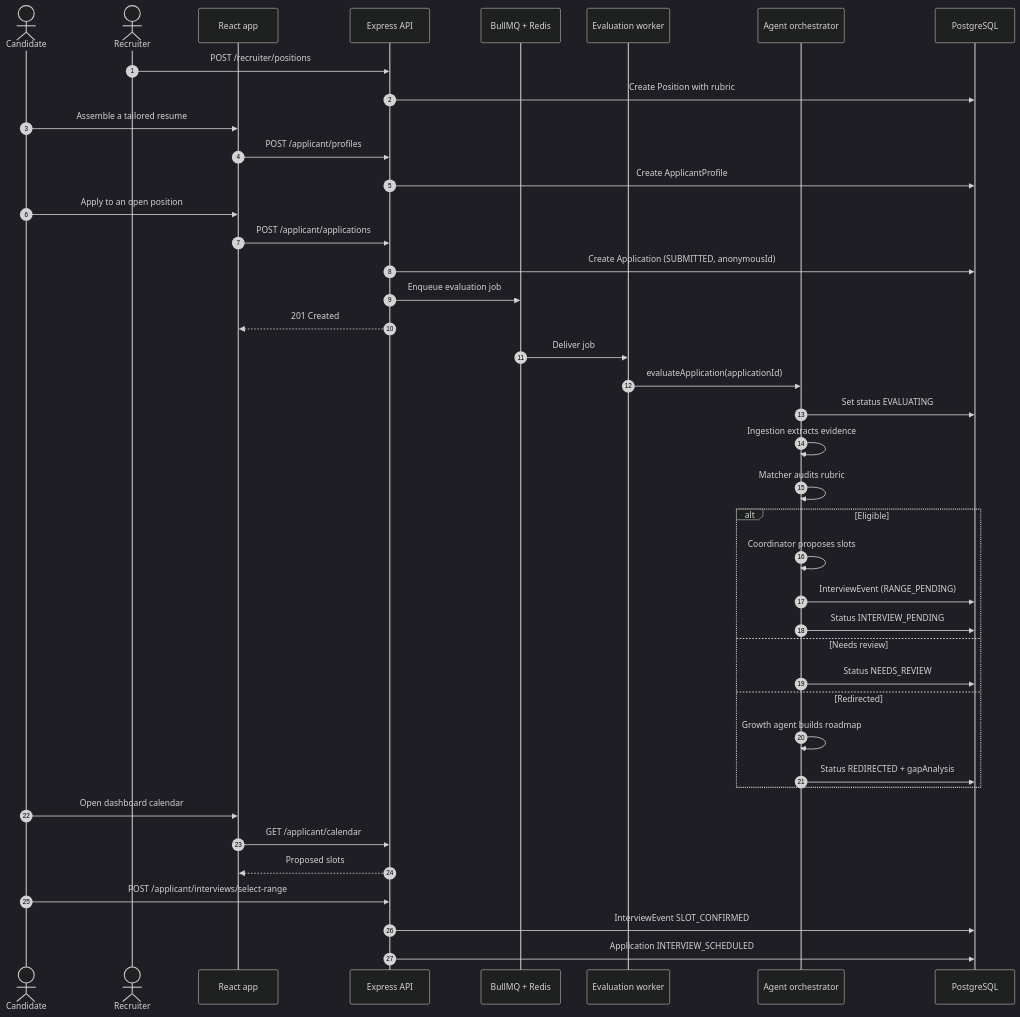
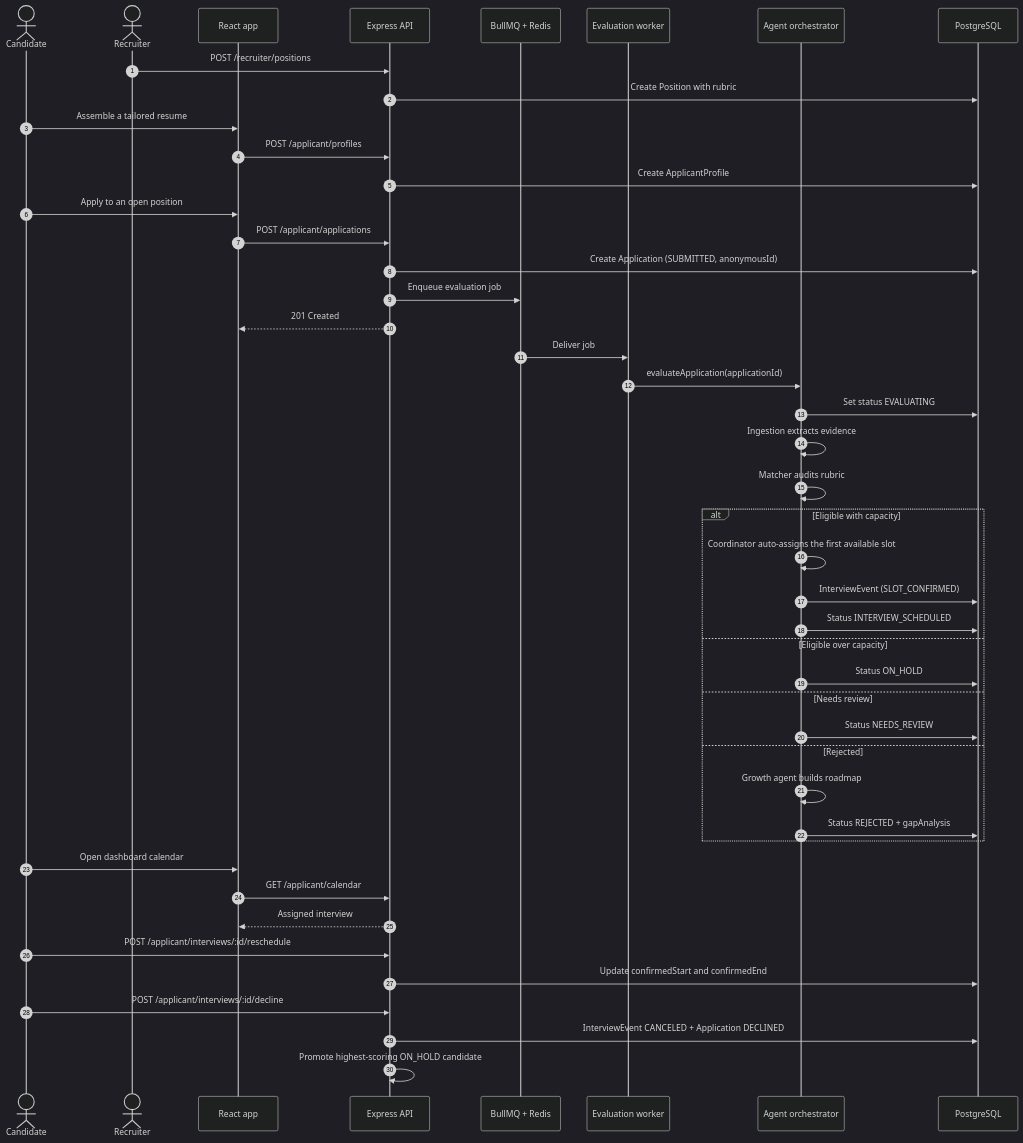
Before and after one commit to abderrahmenex86/Skillora: the third of 4 diagrams in README.md, drawn with Mermaid (dark theme). The commit also changed other lines of this file and 20 other files, not shown here.

Commit message:
[FEAT] Auto-assign interviews and add waitlist flow

````diff
--- a/README.md
+++ b/README.md
@@ -175,49 +175,53 @@
 ```mermaid
 sequenceDiagram
     autonumber
     actor C as Candidate
     actor R as Recruiter
     participant UI as React app
     participant API as Express API
     participant Q as BullMQ + Redis
     participant W as Evaluation worker
     participant O as Agent orchestrator
     participant DB as PostgreSQL
 
     R->>API: POST /recruiter/positions
     API->>DB: Create Position with rubric
 
     C->>UI: Assemble a tailored resume
     UI->>API: POST /applicant/profiles
     API->>DB: Create ApplicantProfile
 
     C->>UI: Apply to an open position
     UI->>API: POST /applicant/applications
     API->>DB: Create Application (SUBMITTED, anonymousId)
     API->>Q: Enqueue evaluation job
     API-->>UI: 201 Created
 
     Q->>W: Deliver job
     W->>O: evaluateApplication(applicationId)
     O->>DB: Set status EVALUATING
     O->>O: Ingestion extracts evidence
     O->>O: Matcher audits rubric
 
-    alt Eligible
-        O->>O: Coordinator proposes slots
-        O->>DB: InterviewEvent (RANGE_PENDING)
-        O->>DB: Status INTERVIEW_PENDING
+    alt Eligible with capacity
+        O->>O: Coordinator auto-assigns the first available slot
+        O->>DB: InterviewEvent (SLOT_CONFIRMED)
+        O->>DB: Status INTERVIEW_SCHEDULED
+    else Eligible over capacity
+        O->>DB: Status ON_HOLD
     else Needs review
         O->>DB: Status NEEDS_REVIEW
-    else Redirected
+    else Rejected
         O->>O: Growth agent builds roadmap
-        O->>DB: Status REDIRECTED + gapAnalysis
+        O->>DB: Status REJECTED + gapAnalysis
     end
 
     C->>UI: Open dashboard calendar
     UI->>API: GET /applicant/calendar
-    API-->>UI: Proposed slots
-    C->>API: POST /applicant/interviews/select-range
-    API->>DB: InterviewEvent SLOT_CONFIRMED
-    API->>DB: Application INTERVIEW_SCHEDULED
+    API-->>UI: Assigned interview
+    C->>API: POST /applicant/interviews/:id/reschedule
+    API->>DB: Update confirmedStart and confirmedEnd
+    C->>API: POST /applicant/interviews/:id/decline
+    API->>DB: InterviewEvent CANCELED + Application DECLINED
+    API->>API: Promote highest-scoring ON_HOLD candidate
 ```
````
